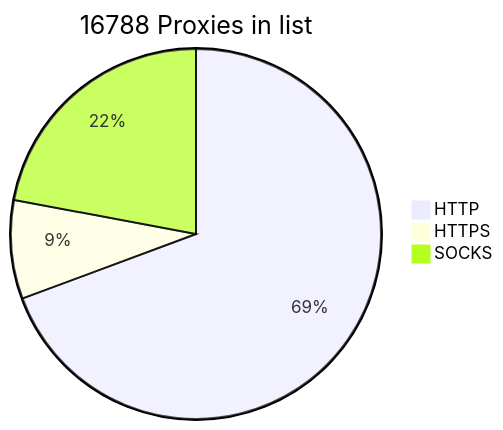
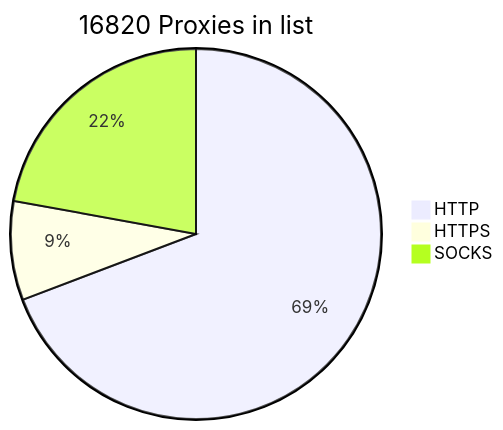
Before and after one commit to BlackSnowDot/proxylist-update-every-minute: the diagram in README.md, drawn with Mermaid. The commit also changed other lines of this file, not shown here.

````diff
--- a/README.md
+++ b/README.md
@@ -2,6 +2,6 @@
 ```mermaid
-pie title 16788 Proxies in list
-    "HTTP" : 11955
-    "HTTPS": 1484
-    "SOCKS" : 3802
+pie title 16820 Proxies in list
+    "HTTP" : 11957
+    "HTTPS": 1491
+    "SOCKS" : 3824
 ```
````
